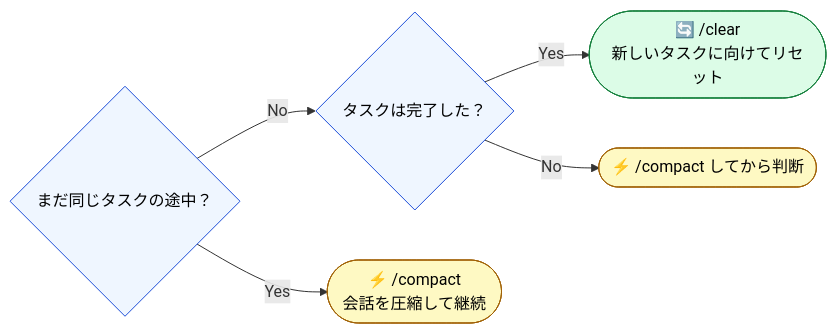
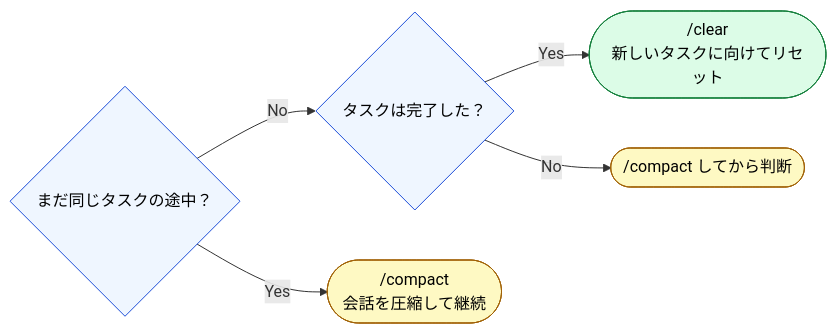
The diagram in docs/ja/08-session-management/compact-and-clear.md (shuji-bonji/understanding-llm-through-claude-code), drawn with Mermaid before and after one commit. The commit also changed 21 other files, not shown here.

````diff
--- a/docs/ja/08-session-management/compact-and-clear.md
+++ b/docs/ja/08-session-management/compact-and-clear.md
@@ -44,19 +44,19 @@
 ```mermaid
 flowchart LR
     Q1{"まだ同じタスクの途中？"}
     Q2{"タスクは完了した？"}
-    COMPACT(["⚡ /compact<br>会話を圧縮して継続"])
-    CLEAR(["🔄 /clear<br>新しいタスクに向けてリセット"])
-    COMPACT2(["⚡ /compact してから判断"])
+    COMPACT(["/compact<br>会話を圧縮して継続"])
+    CLEAR(["/clear<br>新しいタスクに向けてリセット"])
+    COMPACT2(["/compact してから判断"])
 
     Q1 -->|"Yes"| COMPACT
     Q1 -->|"No"| Q2
     Q2 -->|"Yes"| CLEAR
     Q2 -->|"No"| COMPACT2
 
     style Q1 fill:#eff6ff,stroke:#1d4ed8,color:#000
     style Q2 fill:#eff6ff,stroke:#1d4ed8,color:#000
     style COMPACT fill:#fef9c3,stroke:#a16207,color:#000
     style CLEAR fill:#dcfce7,stroke:#15803d,color:#000
     style COMPACT2 fill:#fef9c3,stroke:#a16207,color:#000
 ```
````
